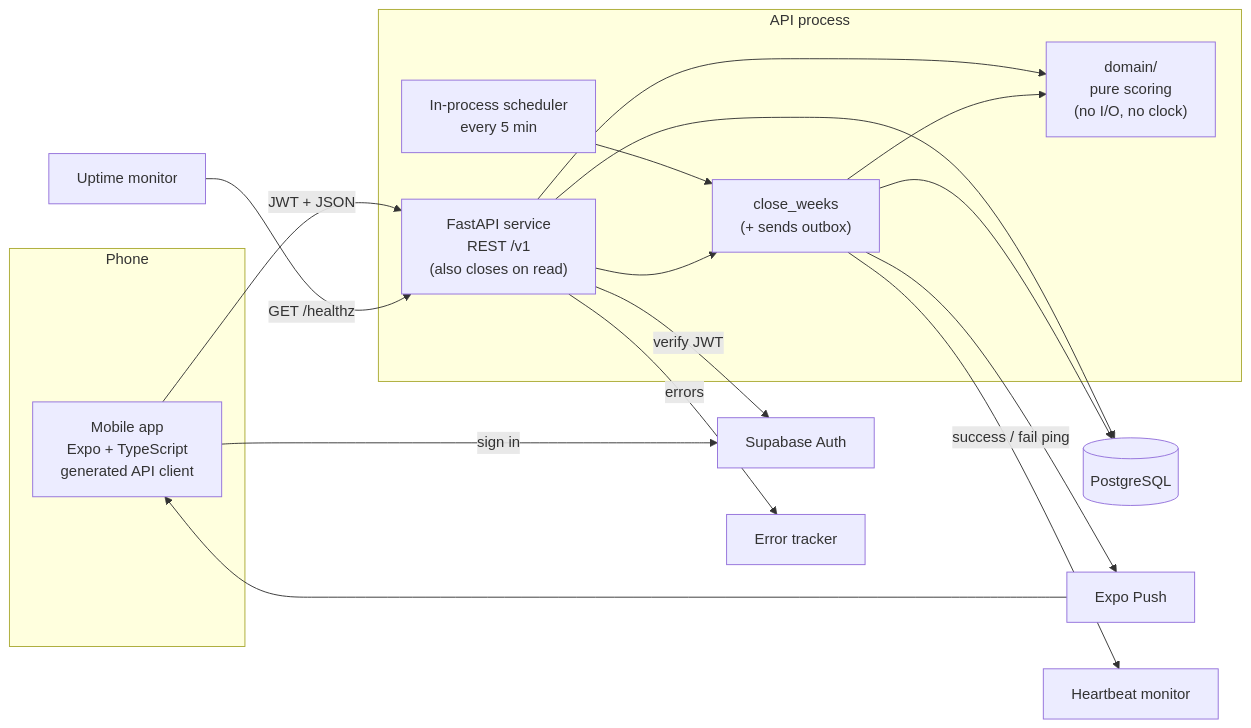
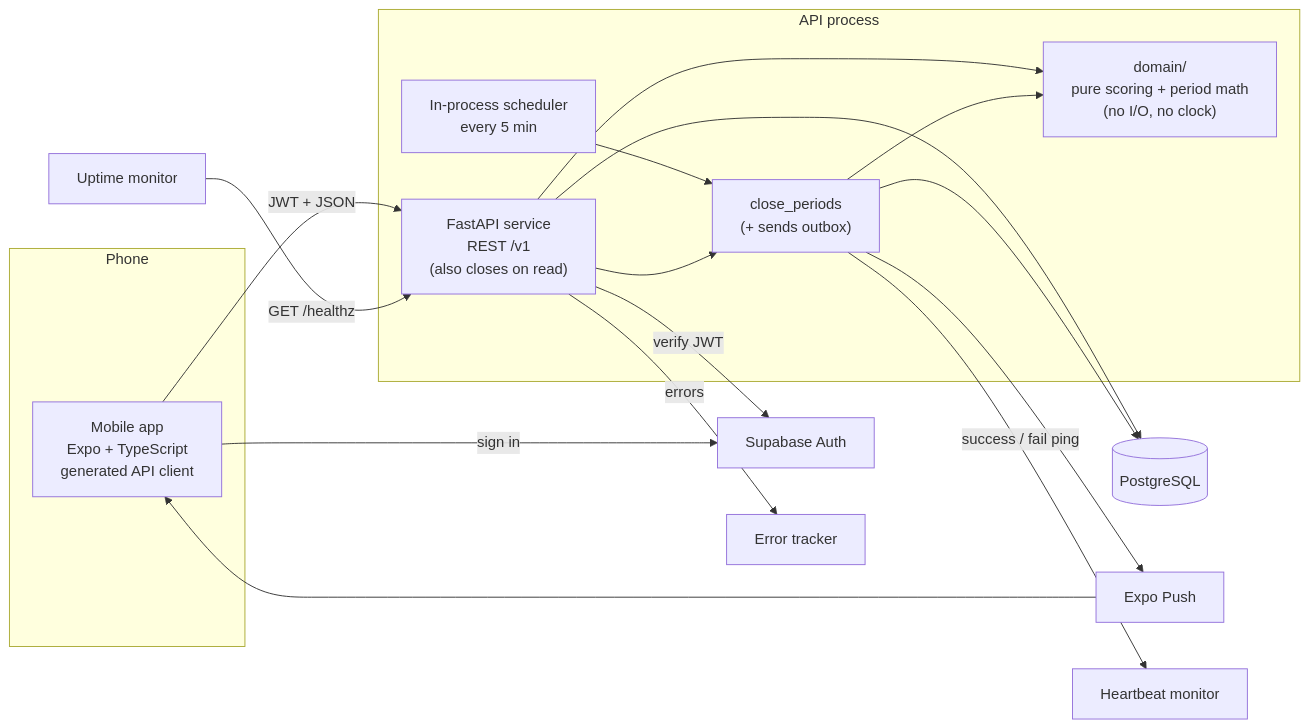
Before and after one commit to shreyasvaid/Socius: the diagram in docs/designs/game-engine.md, drawn with Mermaid. The commit also changed other lines of this file and 1 other file, not shown here.

Commit message:
docs: rewrite game engine design for group periods

````diff
--- a/docs/designs/game-engine.md
+++ b/docs/designs/game-engine.md
@@ -181,32 +176,32 @@
 ```mermaid
 flowchart LR
   subgraph Phone
     APP["Mobile app<br/>Expo + TypeScript<br/>generated API client"]
   end
   subgraph Server["API process"]
     API["FastAPI service<br/>REST /v1<br/>(also closes on read)"]
     SCHED["In-process scheduler<br/>every 5 min"]
-    CLOSE["close_weeks<br/>(+ sends outbox)"]
-    DOM["domain/<br/>pure scoring<br/>(no I/O, no clock)"]
+    CLOSE["close_periods<br/>(+ sends outbox)"]
+    DOM["domain/<br/>pure scoring + period math<br/>(no I/O, no clock)"]
   end
   AUTH["Supabase Auth"]
   PG[("PostgreSQL")]
   PUSH["Expo Push"]
   UP["Uptime monitor"]
   HB["Heartbeat monitor"]
   ERR["Error tracker"]
 
   APP -- "sign in" --> AUTH
   APP -- "JWT + JSON" --> API
   API -- "verify JWT" --> AUTH
   SCHED --> CLOSE
   API --> CLOSE
   API --> DOM
   CLOSE --> DOM
   API --> PG
   CLOSE --> PG
   CLOSE --> PUSH --> APP
   UP -- "GET /healthz" --> API
   CLOSE -- "success / fail ping" --> HB
   API -- "errors" --> ERR
 ```
````
